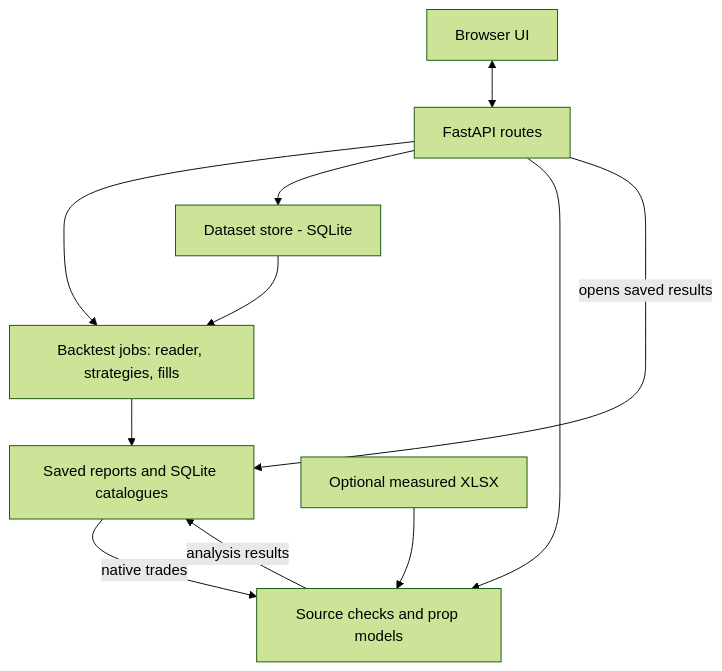
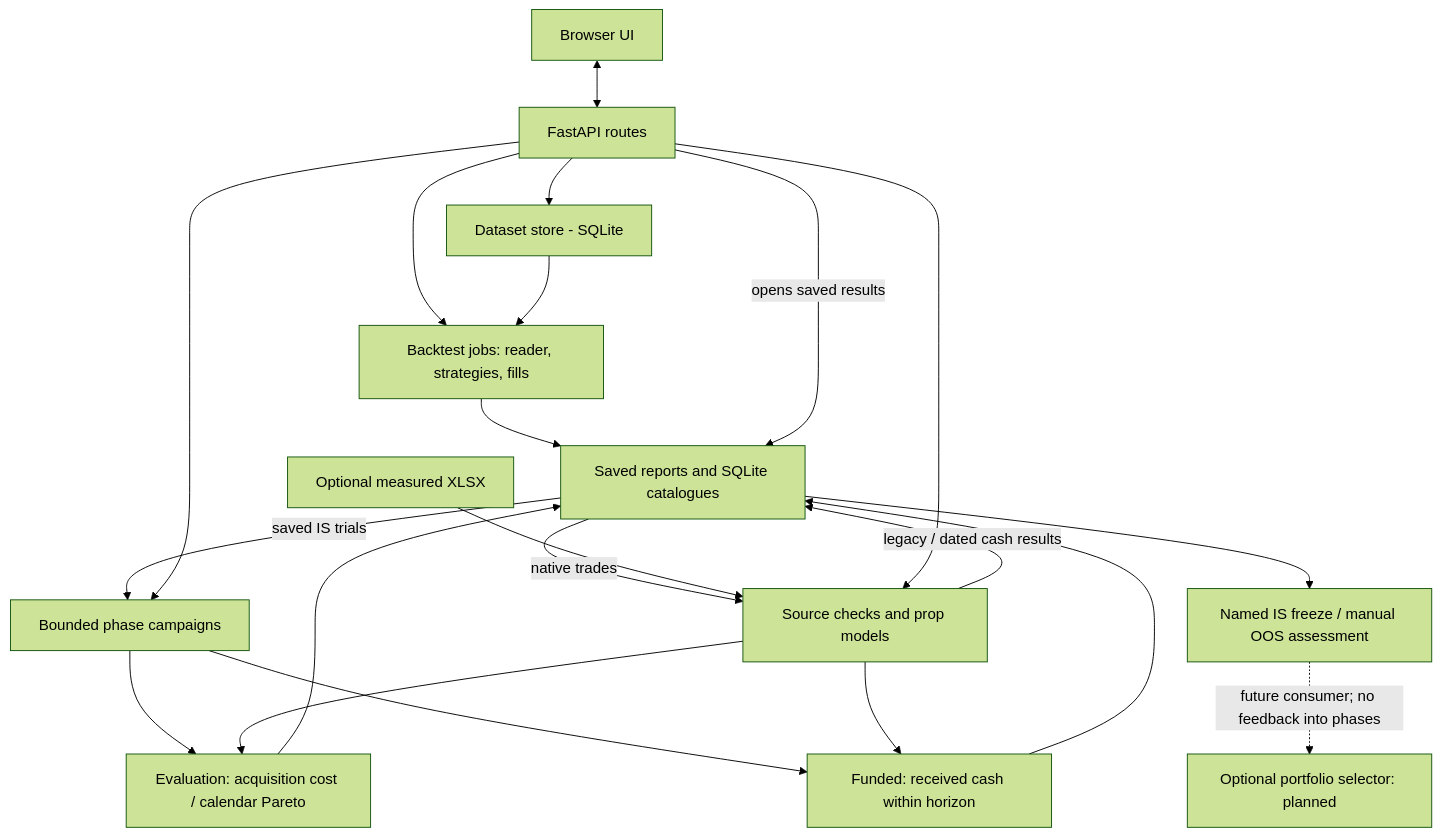
Before and after one commit to yuxuantan/alphaquest-research-engine-2: the diagram in docs/architecture.md, drawn with Mermaid (forest theme). The commit also changed other lines of this file and 41 other files, not shown here.

````diff
--- a/docs/architecture.md
+++ b/docs/architecture.md
@@ -84,13 +89,23 @@
 ```mermaid
 flowchart TB
     UI["Browser UI"] <--> API["FastAPI routes"]
     API --> BT["Backtest jobs: reader, strategies, fills"]
     API --> DATA["Dataset store - SQLite"]
     DATA --> BT
     BT --> SAVED["Saved reports and SQLite catalogues"]
     SAVED -- "native trades" --> PROP["Source checks and prop models"]
     XLSX["Optional measured XLSX"] --> PROP
     API --> PROP
-    PROP -- "analysis results" --> SAVED
+    SAVED -- "saved IS trials" --> CAMPAIGN["Bounded phase campaigns"]
+    API --> CAMPAIGN
+    CAMPAIGN --> EVAL["Evaluation: acquisition cost / calendar Pareto"]
+    CAMPAIGN --> FUNDED["Funded: received cash within horizon"]
+    PROP --> EVAL
+    PROP --> FUNDED
+    EVAL --> SAVED
+    FUNDED --> SAVED
+    SAVED --> FREEZE["Named IS freeze / manual OOS assessment"]
+    FREEZE -. "future consumer; no feedback into phases" .-> PORTFOLIO["Optional portfolio selector: planned"]
+    PROP -- "legacy / dated cash results" --> SAVED
     API -- "opens saved results" --> SAVED
 ```
````
